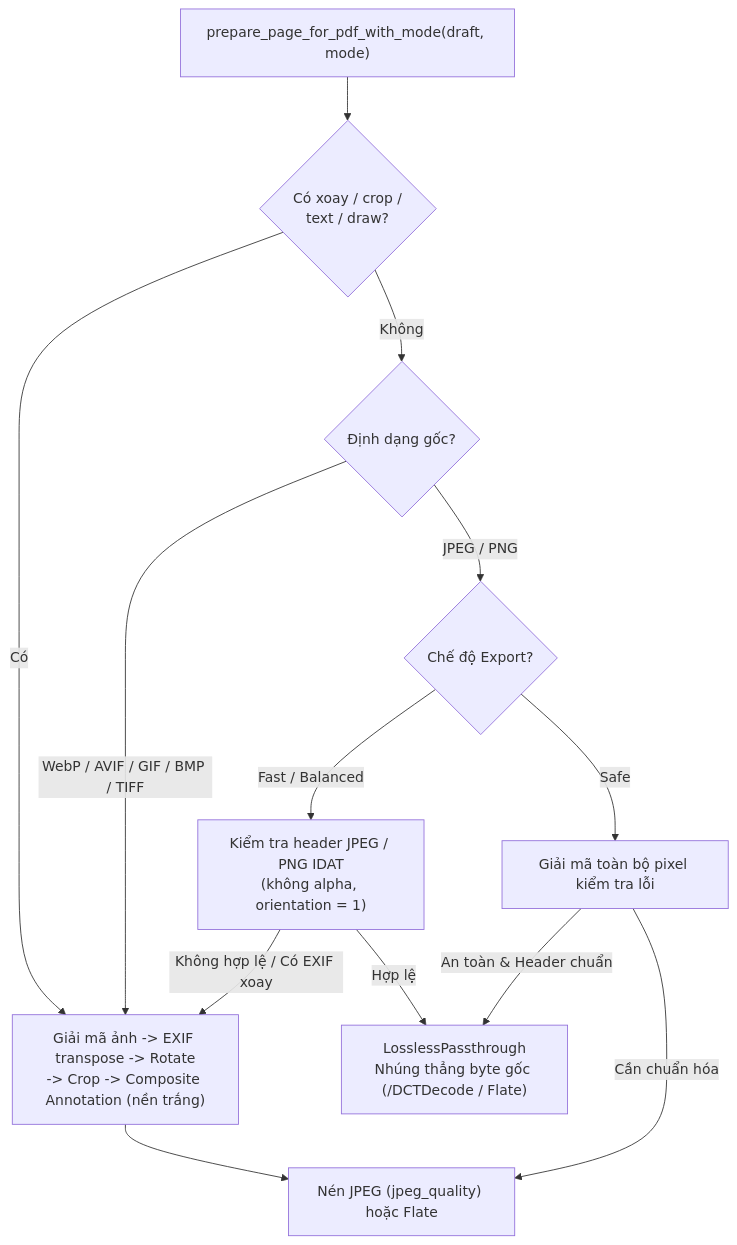
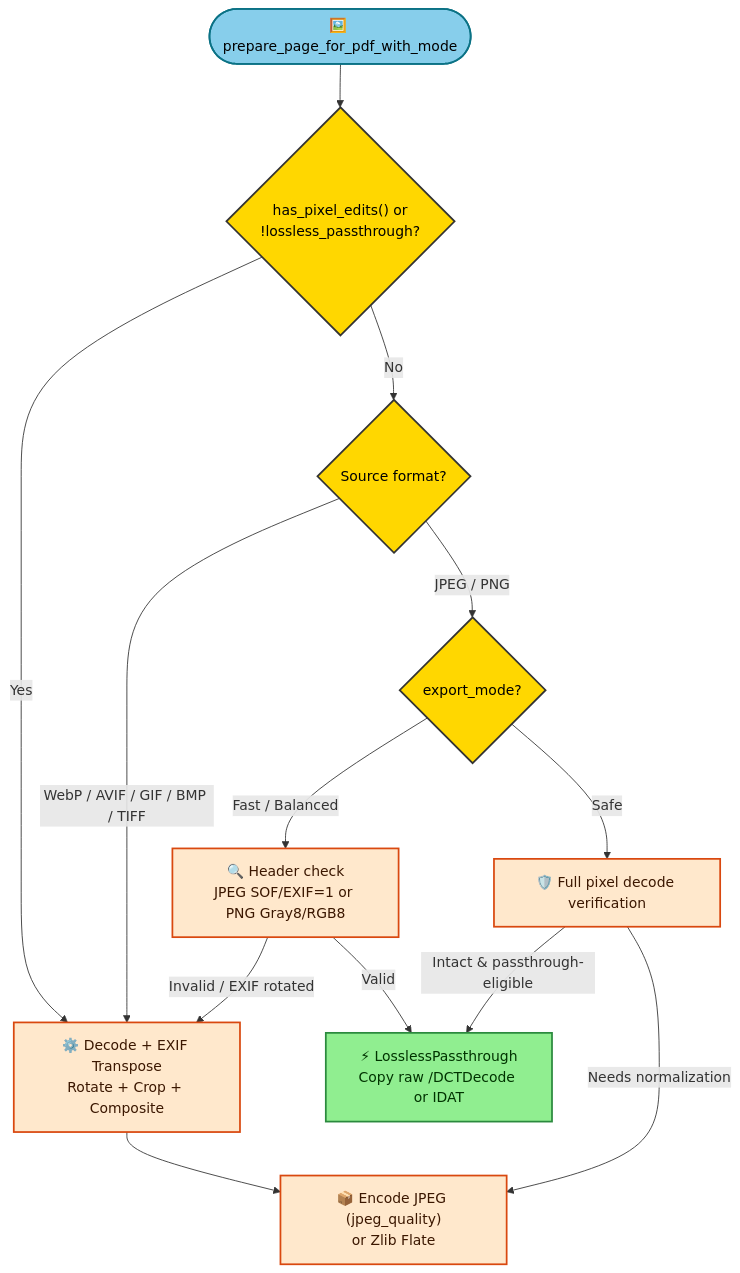
The third of 4 diagrams in docs/image2pdf-architecture.md (KozKhoa/Knit), drawn with Mermaid before and after one commit. The commit also changed other lines of this file and 10 other files, not shown here.

Commit message:
docs(image2pdf): add agent guide, JSON schema, Mermaid diagrams, and ISTQB functional test suite

````diff
--- a/docs/image2pdf-architecture.md
+++ b/docs/image2pdf-architecture.md
@@ -96,18 +165,28 @@
 ```mermaid
 flowchart TD
-    Start["prepare_page_for_pdf_with_mode(draft, mode)"] --> HasEdits{"Có xoay / crop /<br/>text / draw?"}
-    HasEdits -->|"Có"| Render["Giải mã ảnh -> EXIF transpose -> Rotate<br/>-> Crop -> Composite Annotation (nền trắng)"]
-    Render --> Encode["Nén JPEG (jpeg_quality) hoặc Flate"]
+    Start(["🖼️ prepare_page_for_pdf_with_mode"]) --> Edits{"has_pixel_edits() or\n!lossless_passthrough?"}
+    Edits -->|"Yes"| Raster["⚙️ Decode + EXIF Transpose\nRotate + Crop + Composite"]
+    Raster --> Encode["📦 Encode JPEG (jpeg_quality)\nor Zlib Flate"]
 
-    HasEdits -->|"Không"| CheckFormat{"Định dạng gốc?"}
-    CheckFormat -->|"WebP / AVIF / GIF / BMP / TIFF"| Render
-    CheckFormat -->|"JPEG / PNG"| CheckMode{"Chế độ Export?"}
+    Edits -->|"No"| Format{"Source format?"}
+    Format -->|"WebP / AVIF / GIF / BMP / TIFF"| Raster
+    Format -->|"JPEG / PNG"| Mode{"export_mode?"}
 
-    CheckMode -->|"Fast / Balanced"| HeaderCheck["Kiểm tra header JPEG / PNG IDAT<br/>(không alpha, orientation = 1)"]
-    HeaderCheck -->|"Hợp lệ"| Passthrough["LosslessPassthrough<br/>Nhúng thẳng byte gốc (/DCTDecode / Flate)"]
-    HeaderCheck -->|"Không hợp lệ / Có EXIF xoay"| Render
+    Mode -->|"Fast / Balanced"| Header["🔍 Header check\nJPEG SOF/EXIF=1 or PNG Gray8/RGB8"]
+    Header -->|"Valid"| Pass["⚡ LosslessPassthrough\nCopy raw /DCTDecode or IDAT"]
+    Header -->|"Invalid / EXIF rotated"| Raster
 
-    CheckMode -->|"Safe"| FullDecode["Giải mã toàn bộ pixel kiểm tra lỗi"]
-    FullDecode -->|"An toàn & Header chuẩn"| Passthrough
-    FullDecode -->|"Cần chuẩn hóa"| Encode
+    Mode -->|"Safe"| FullDecode["🛡️ Full pixel decode verification"]
+    FullDecode -->|"Intact & passthrough-eligible"| Pass
+    FullDecode -->|"Needs normalization"| Encode
+
+    classDef entry fill:#87CEEB,stroke:#0B7285,stroke-width:2px,color:#000000
+    classDef decision fill:#FFD700,stroke:#333333,stroke-width:2px,color:#000000
+    classDef fast fill:#90EE90,stroke:#2B8A3E,stroke-width:2px,color:#003300
+    classDef render fill:#FFE8CC,stroke:#D9480F,stroke-width:2px,color:#3B1700
+
+    class Start entry
+    class Edits,Format,Mode decision
+    class Pass fast
+    class Raster,Encode,Header,FullDecode render
 ```
````
